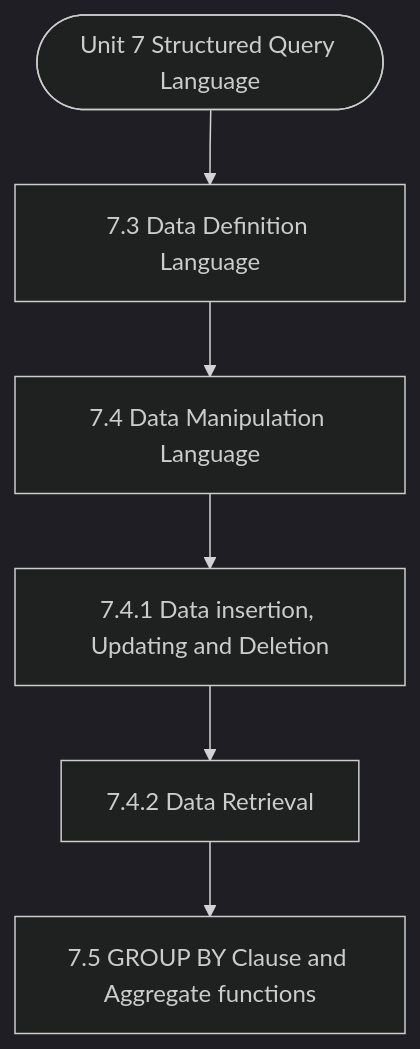
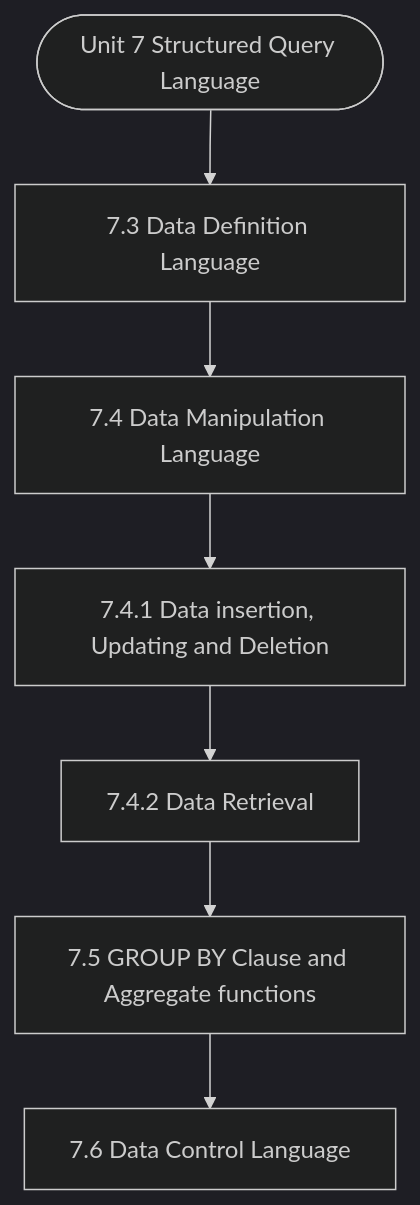
One commit to Asutosh-Coaching/mscdsa changed the diagram in notes/Semester_1/MCS-207_Database_Management_Systems/unit_07_Structured_Query_Language.md. Above: the diagram before and after it, drawn with Mermaid (dark theme). The commit also changed other lines of this file and 116 other files, not shown here.

````diff
--- a/notes/Semester_1/MCS-207_Database_Management_Systems/unit_07_Structured_Query_Language.md
+++ b/notes/Semester_1/MCS-207_Database_Management_Systems/unit_07_Structured_Query_Language.md
@@ -19,14 +19,16 @@
 ```mermaid
 flowchart TD
   Start(["Unit 7 Structured Query Language"])
   N1["7.3 Data Definition Language"]
   N2["7.4 Data Manipulation Language"]
   N3["7.4.1 Data insertion, Updating and Deletion"]
   N4["7.4.2 Data Retrieval"]
   N5["7.5 GROUP BY Clause and Aggregate functions"]
+  N6["7.6 Data Control Language"]
   Start --> N1
   N1 --> N2
   N2 --> N3
   N3 --> N4
   N4 --> N5
+  N5 --> N6
 ```
````
